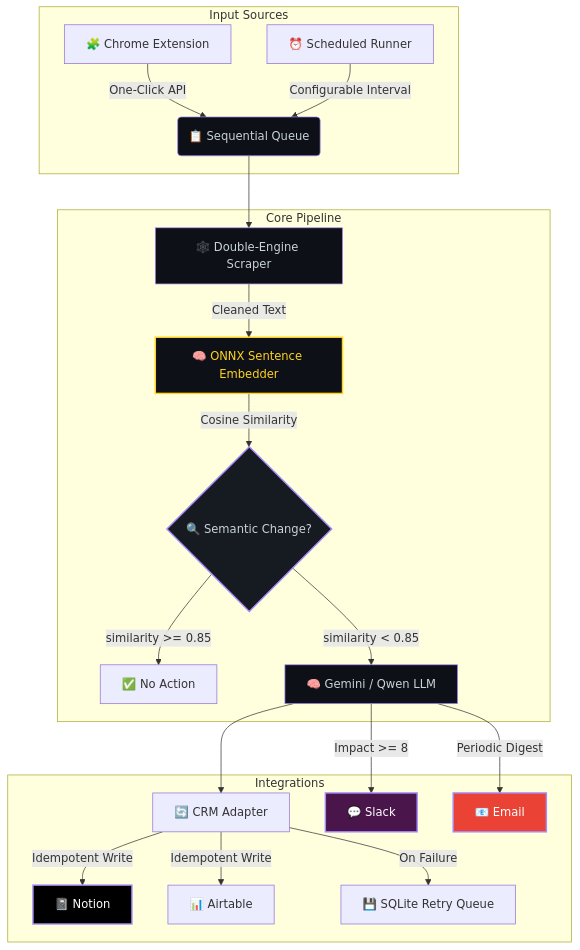
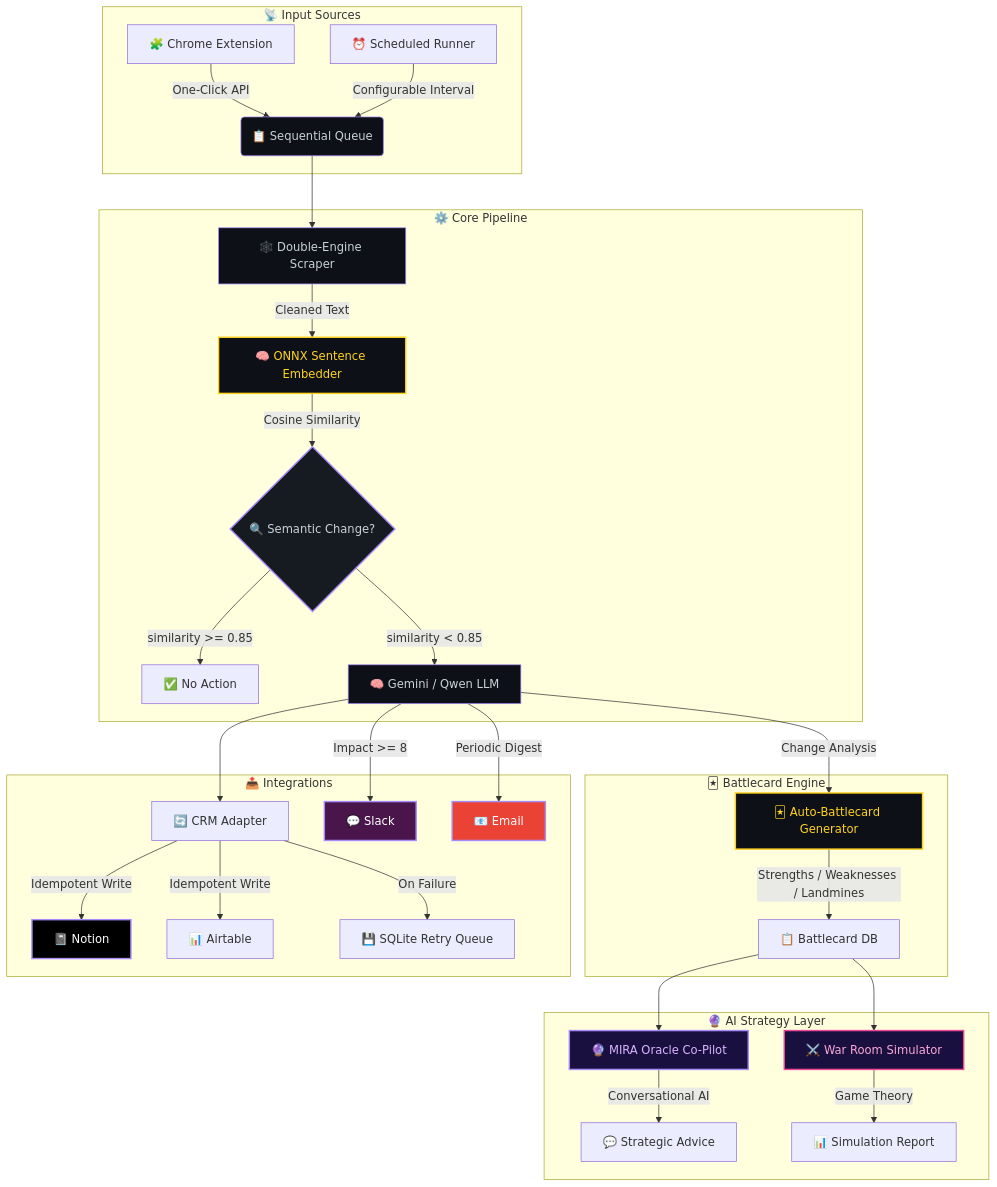
Before and after one commit to NitheshK4/MIRA: the first of 3 diagrams in README.md, drawn with Mermaid. The commit also changed other lines of this file, not shown here.

Commit message:
✨ README v2.0 — Add MIRA Oracle, War Room Simulator, Battlecards docs, updated architecture & API reference

````diff
--- a/README.md
+++ b/README.md
@@ -145,33 +197,50 @@
 ```mermaid
 graph TD
-    subgraph Input Sources
+    subgraph "📡 Input Sources"
         A["🧩 Chrome Extension"] -->|"One-Click API"| B("📋 Sequential Queue")
         C["⏰ Scheduled Runner"] -->|"Configurable Interval"| B
     end
 
-    subgraph Core Pipeline
+    subgraph "⚙️ Core Pipeline"
         B --> D["🕸️ Double-Engine Scraper"]
         D -->|"Cleaned Text"| E["🧠 ONNX Sentence Embedder"]
         E -->|"Cosine Similarity"| F{"🔍 Semantic Change?"}
         F -->|"similarity >= 0.85"| G["✅ No Action"]
         F -->|"similarity < 0.85"| H["🧠 Gemini / Qwen LLM"]
     end
 
-    subgraph Integrations
+    subgraph "🃏 Battlecard Engine"
+        H -->|"Change Analysis"| BC["🃏 Auto-Battlecard Generator"]
+        BC -->|"Strengths / Weaknesses / Landmines"| BD["📋 Battlecard DB"]
+    end
+
+    subgraph "🔮 AI Strategy Layer"
+        ORACLE["🔮 MIRA Oracle Co-Pilot"]
+        WARROOM["⚔️ War Room Simulator"]
+        BD --> ORACLE
+        BD --> WARROOM
+        ORACLE -->|"Conversational AI"| ORACLE_OUT["💬 Strategic Advice"]
+        WARROOM -->|"Game Theory"| WAR_OUT["📊 Simulation Report"]
+    end
+
+    subgraph "📤 Integrations"
         H --> J["🔄 CRM Adapter"]
         J -->|"Idempotent Write"| K["📓 Notion"]
         J -->|"Idempotent Write"| L["📊 Airtable"]
         J -->|"On Failure"| M["💾 SQLite Retry Queue"]
         H -->|"Impact >= 8"| N["💬 Slack"]
         H -->|"Periodic Digest"| O["📧 Email"]
     end
 
     style K fill:#000000,stroke:#A78BFA,stroke-width:2px,color:#fff
     style N fill:#4A154B,stroke:#A78BFA,stroke-width:2px,color:#fff
     style O fill:#EA4335,stroke:#A78BFA,stroke-width:2px,color:#fff
     style B fill:#0d1117,stroke:#A78BFA,stroke-width:1px,color:#c9d1d9
     style D fill:#0d1117,stroke:#A78BFA,stroke-width:1px,color:#c9d1d9
     style E fill:#0d1117,stroke:#FFD21E,stroke-width:2px,color:#FFD21E
     style H fill:#0d1117,stroke:#A78BFA,stroke-width:1px,color:#c9d1d9
     style F fill:#161b22,stroke:#A78BFA,stroke-width:2px,color:#c9d1d9
+    style ORACLE fill:#1a1040,stroke:#A78BFA,stroke-width:2px,color:#d8b4fe
+    style WARROOM fill:#1a1040,stroke:#EC4899,stroke-width:2px,color:#f9a8d4
+    style BC fill:#0d1117,stroke:#FFD21E,stroke-width:2px,color:#FFD21E
 ```
````
